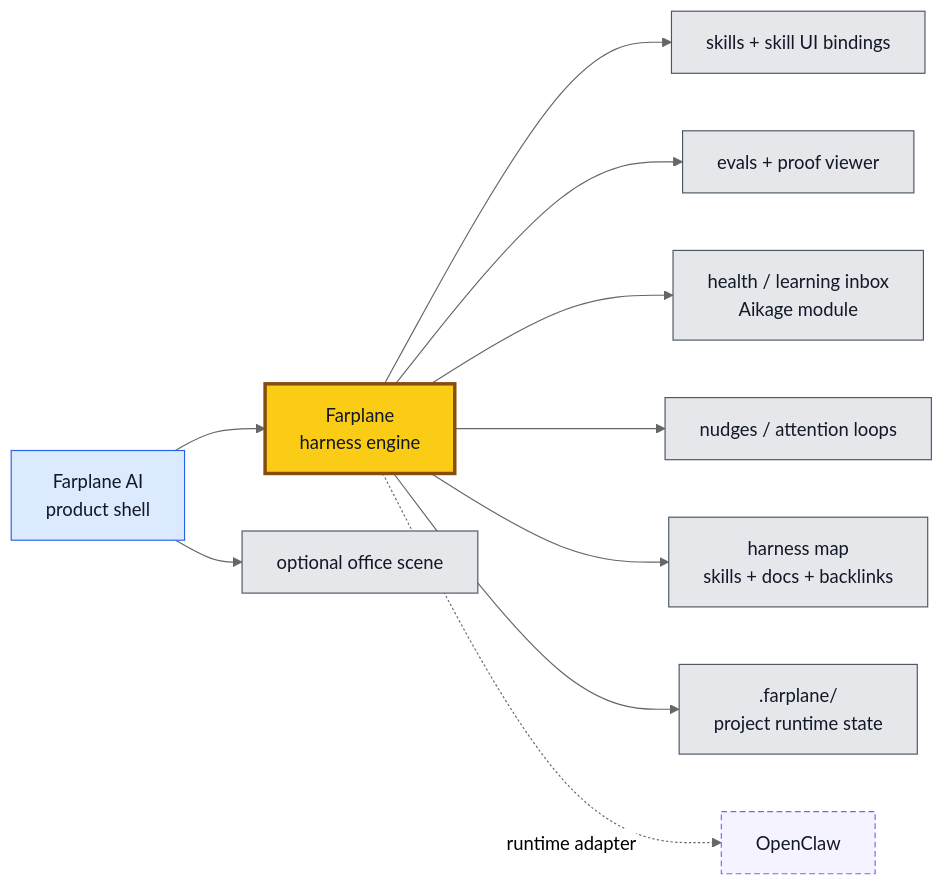
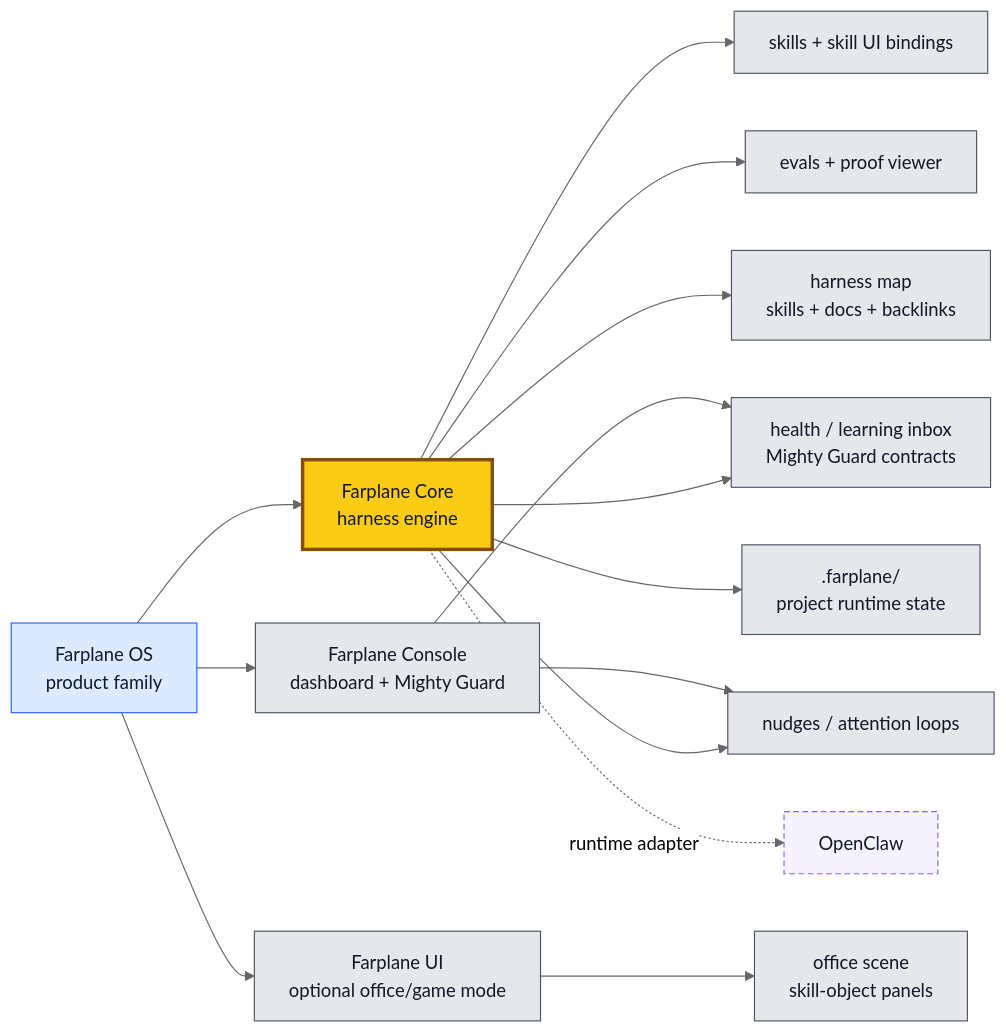
Before and after one commit to ZanarkandTechnologies/Farplane: the first of 3 diagrams in README.md, drawn with Mermaid (neutral theme). The commit also changed other lines of this file and 3 other files, not shown here.

Commit message:
docs(product): define Farplane OS convergence

````diff
--- a/README.md
+++ b/README.md
@@ -22,17 +36,21 @@
 ```mermaid
 flowchart LR
   classDef shell fill:#dbeafe,stroke:#2563eb,color:#111827
   classDef engine fill:#facc15,stroke:#854d0e,stroke-width:3px,color:#111827
   classDef module fill:#e5e7eb,stroke:#4b5563,color:#111827
   classDef adapter fill:#f5f3ff,stroke:#8b5cf6,color:#111827,stroke-dasharray:5 3
 
-  office["Farplane AI<br/>product shell"]:::shell --> engine["Farplane<br/>harness engine"]:::engine
+  os["Farplane OS<br/>product family"]:::shell --> engine["Farplane Core<br/>harness engine"]:::engine
+  os --> console["Farplane Console<br/>dashboard + Mighty Guard"]:::module
+  os --> ui["Farplane UI<br/>optional office/game mode"]:::module
   engine --> skills["skills + skill UI bindings"]:::module
   engine --> evals["evals + proof viewer"]:::module
-  engine --> health["health / learning inbox<br/>Aikage module"]:::module
+  engine --> health["health / learning inbox<br/>Mighty Guard contracts"]:::module
   engine --> nudges["nudges / attention loops"]:::module
   engine --> map["harness map<br/>skills + docs + backlinks"]:::module
   engine --> state[".farplane/<br/>project runtime state"]:::module
-  office --> scene["optional office scene"]:::module
+  ui --> scene["office scene<br/>skill-object panels"]:::module
+  console --> health
+  console --> nudges
   engine -. runtime adapter .-> openclaw["OpenClaw"]:::adapter
 ```
````
